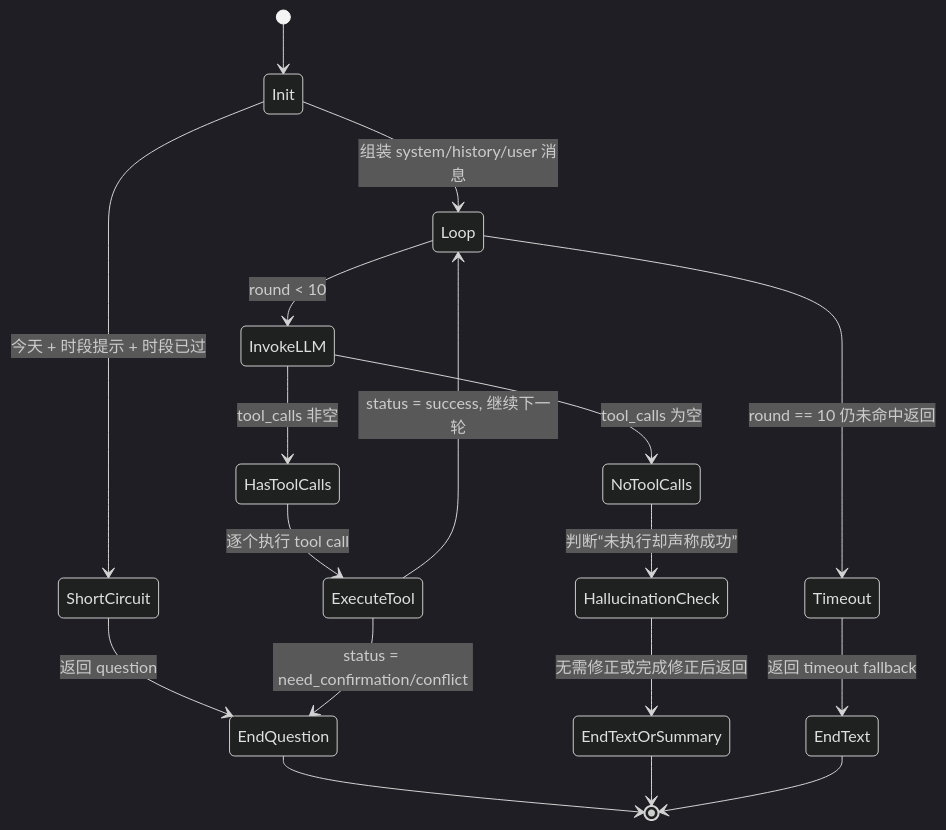
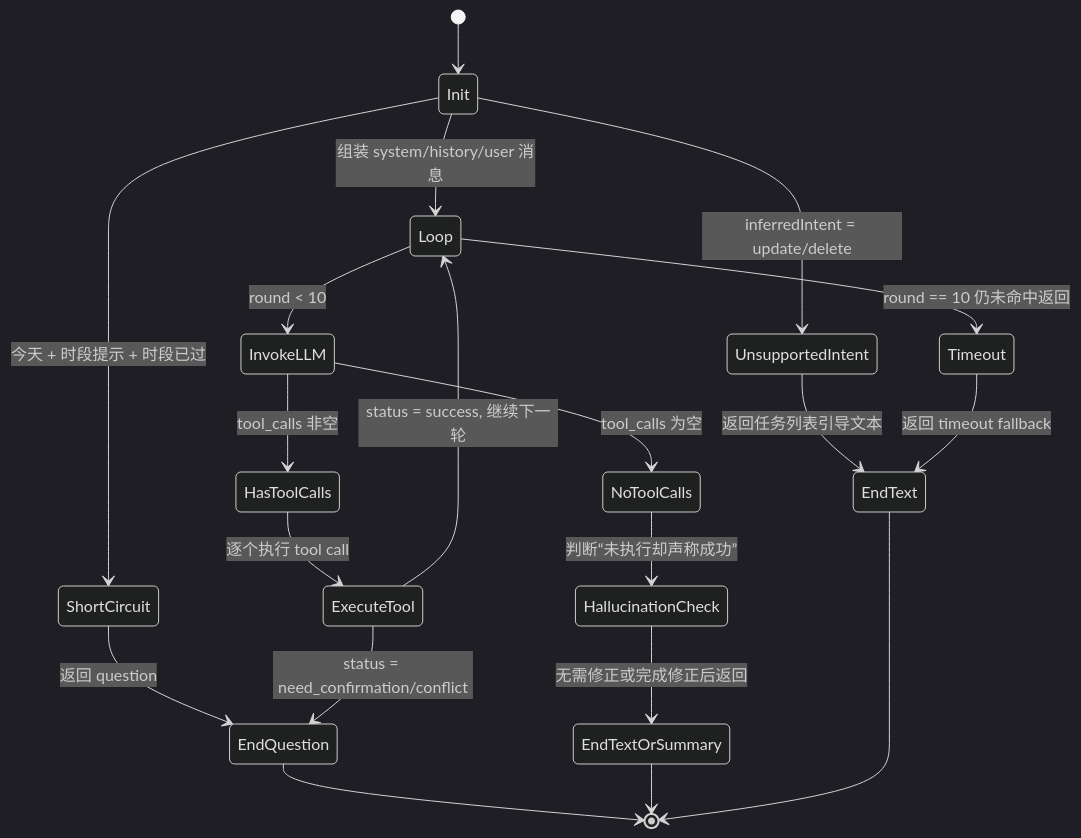
The third of 3 diagrams in docs/Single-Agent设计文档.md (kaili-lab/home-task), drawn with Mermaid (dark theme) before and after one commit. The commit also changed other lines of this file and 10 other files, not shown here.

````diff
--- a/docs/Single-Agent设计文档.md
+++ b/docs/Single-Agent设计文档.md
@@ -264,27 +257,30 @@
 ```mermaid
 stateDiagram-v2
     [*] --> Init
+
+    Init --> UnsupportedIntent: inferredIntent = update/delete
+    UnsupportedIntent --> EndText: 返回任务列表引导文本
 
     Init --> ShortCircuit: 今天 + 时段提示 + 时段已过
     ShortCircuit --> EndQuestion: 返回 question
 
     Init --> Loop: 组装 system/history/user 消息
     Loop --> InvokeLLM: round < 10
 
     InvokeLLM --> NoToolCalls: tool_calls 为空
     InvokeLLM --> HasToolCalls: tool_calls 非空
 
     NoToolCalls --> HallucinationCheck: 判断“未执行却声称成功”
     HallucinationCheck --> EndTextOrSummary: 无需修正或完成修正后返回
 
     HasToolCalls --> ExecuteTool: 逐个执行 tool call
     ExecuteTool --> EndQuestion: status = need_confirmation/conflict
     ExecuteTool --> Loop: status = success, 继续下一轮
 
     Loop --> Timeout: round == 10 仍未命中返回
     Timeout --> EndText: 返回 timeout fallback
 
     EndQuestion --> [*]
     EndTextOrSummary --> [*]
     EndText --> [*]
 ```
````
